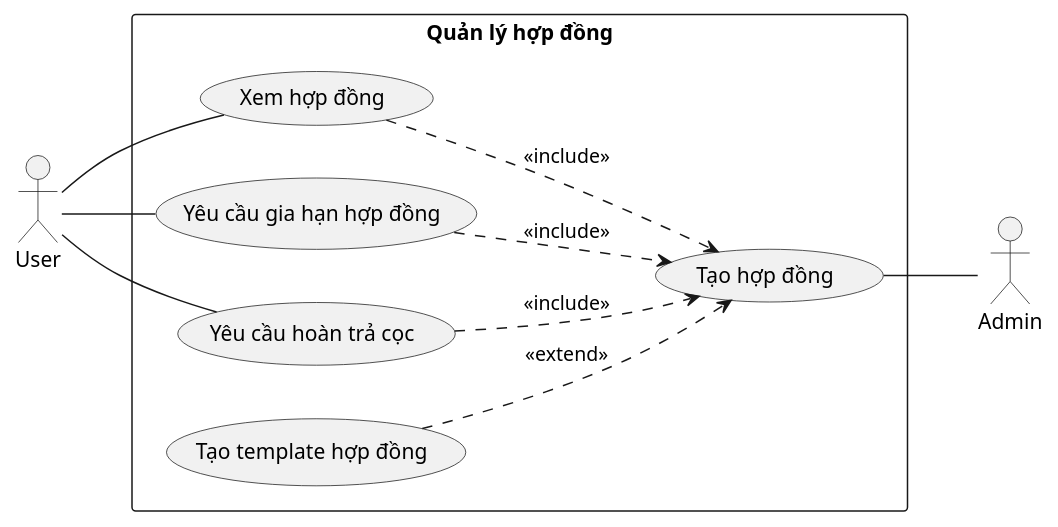
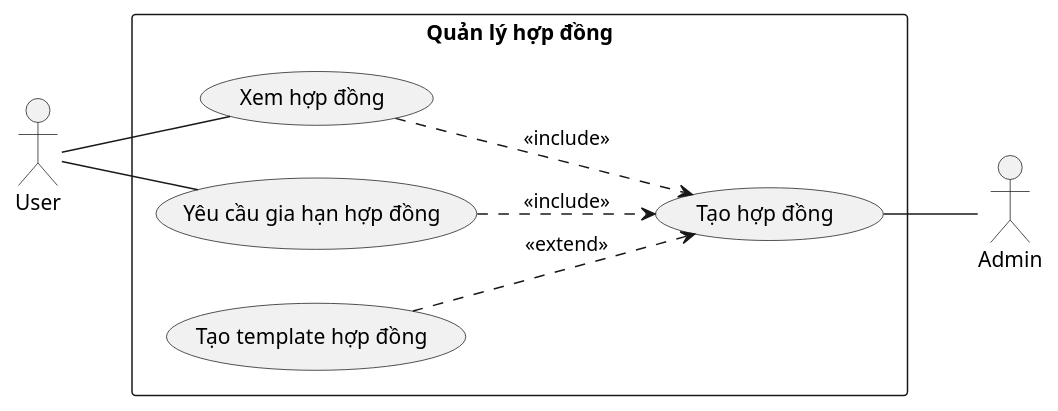
One commit to QuickyBooster/SE357-Pratice-class changed the diagram in Lab1/Lab1.2/Usecase/Quản lý hợp đồng.plantuml. Above: the diagram before and after it, drawn with PlantUML.

```diff
--- a/Lab1/Lab1.2/Usecase/Quản lý hợp đồng.plantuml
+++ b/Lab1/Lab1.2/Usecase/Quản lý hợp đồng.plantuml
@@ -1,23 +1,21 @@
 @startuml
 left to right direction
 
 actor Admin as C
 actor User as U
 rectangle "Quản lý hợp đồng" {
   usecase (Tạo hợp đồng) as UC2
   usecase (Xem hợp đồng) as UC1
   usecase (Yêu cầu gia hạn hợp đồng) as UC8
-  usecase (Yêu cầu hoàn trả cọc) as UC3
+
   usecase (Tạo template hợp đồng) as UC4
 }
 
 U--UC1
 U -- UC8
-U --UC3
 UC2 -- C
 UC4 ..>UC2:<<extend>>
 UC1 ..>UC2:<<include>>
 UC8 ..>UC2:<<include>>
-UC3 ..>UC2:<<include>>
 
 @enduml
```
